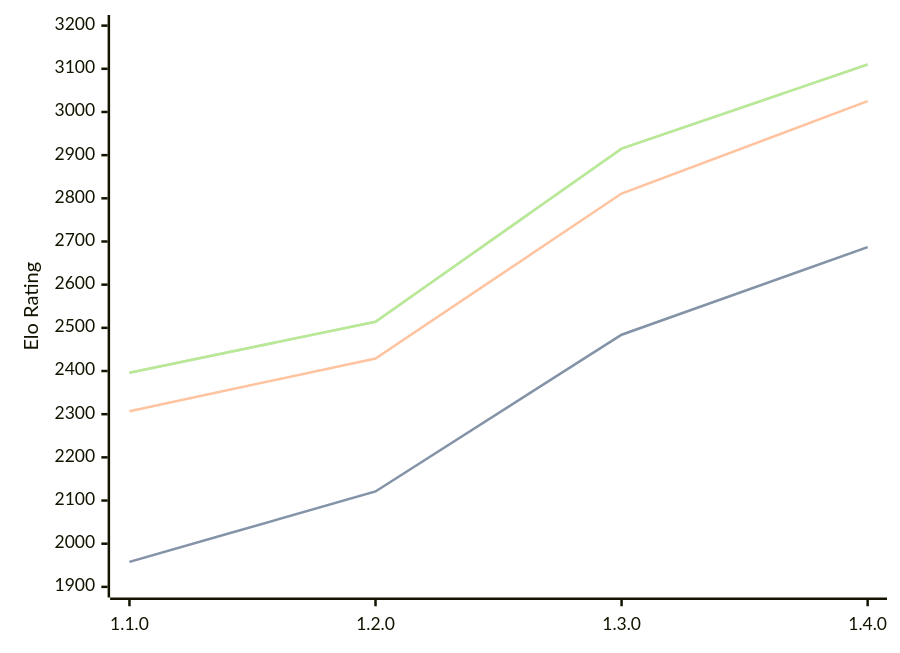
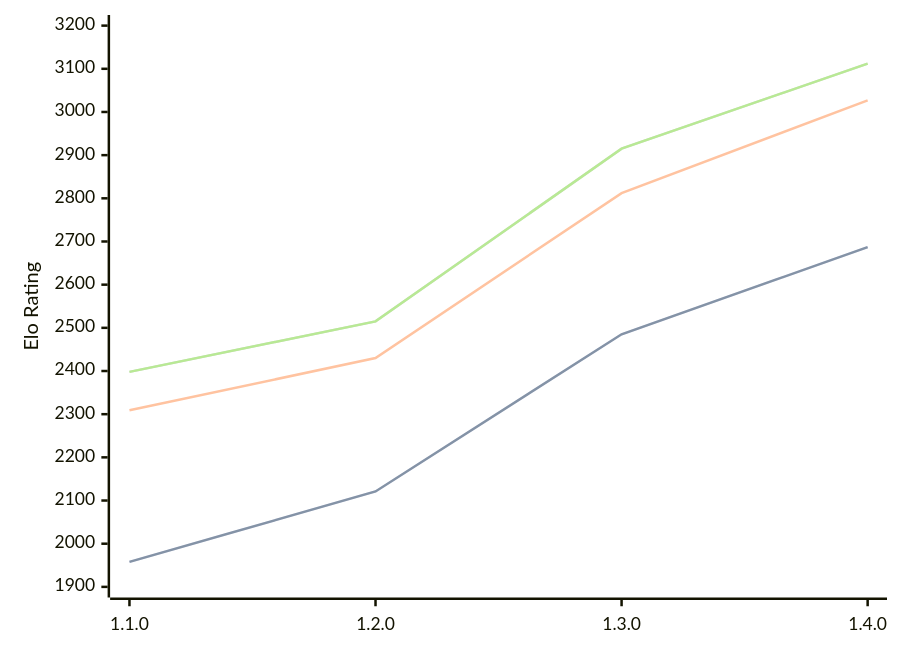
The diagram in engines/Gyatso.md (computer-chess-index/cci), drawn with Mermaid before and after one commit. The commit also changed other lines of this file, not shown here.

Commit message:
Update CCI Ratings (ELO VLTC) - 2026-08-21

````diff
--- a/engines/Gyatso.md
+++ b/engines/Gyatso.md
@@ -36,11 +36,11 @@
 ```mermaid
 %%{init: {"theme":"base","themeVariables":{"seriesColors:['#a3a3a3','#222221','#faa371']}}}%%
 xychart-beta
   x-axis ["1.1.0", "1.2.0", "1.3.0", "1.4.0"]
   y-axis "Elo Rating" 1900 --> 3200
-  line "STC (8.0+0.08s)" [1958, 2121, 2484, 2687]
-  line "STC (8.0+0.08s)" [1958, 2121, 2484, 2687]
-  line "LTC (60.0+0.60s)" [2307, 2429, 2811, 3025]
-  line "VLTC (2m24s+1.12s)" [2396, 2514, 2915, 3110]
-  line "VLTC (2m24s+1.12s)" [2396, 2514, 2915, 3110]
+  line "STC (8.0+0.08s)" [1958, 2121, 2485, 2687]
+  line "STC (8.0+0.08s)" [1958, 2121, 2485, 2687]
+  line "LTC (60.0+0.60s)" [2309, 2430, 2812, 3027]
+  line "VLTC (2m24s+1.12s)" [2398, 2515, 2915, 3112]
+  line "VLTC (2m24s+1.12s)" [2398, 2515, 2915, 3112]
 ```
````
